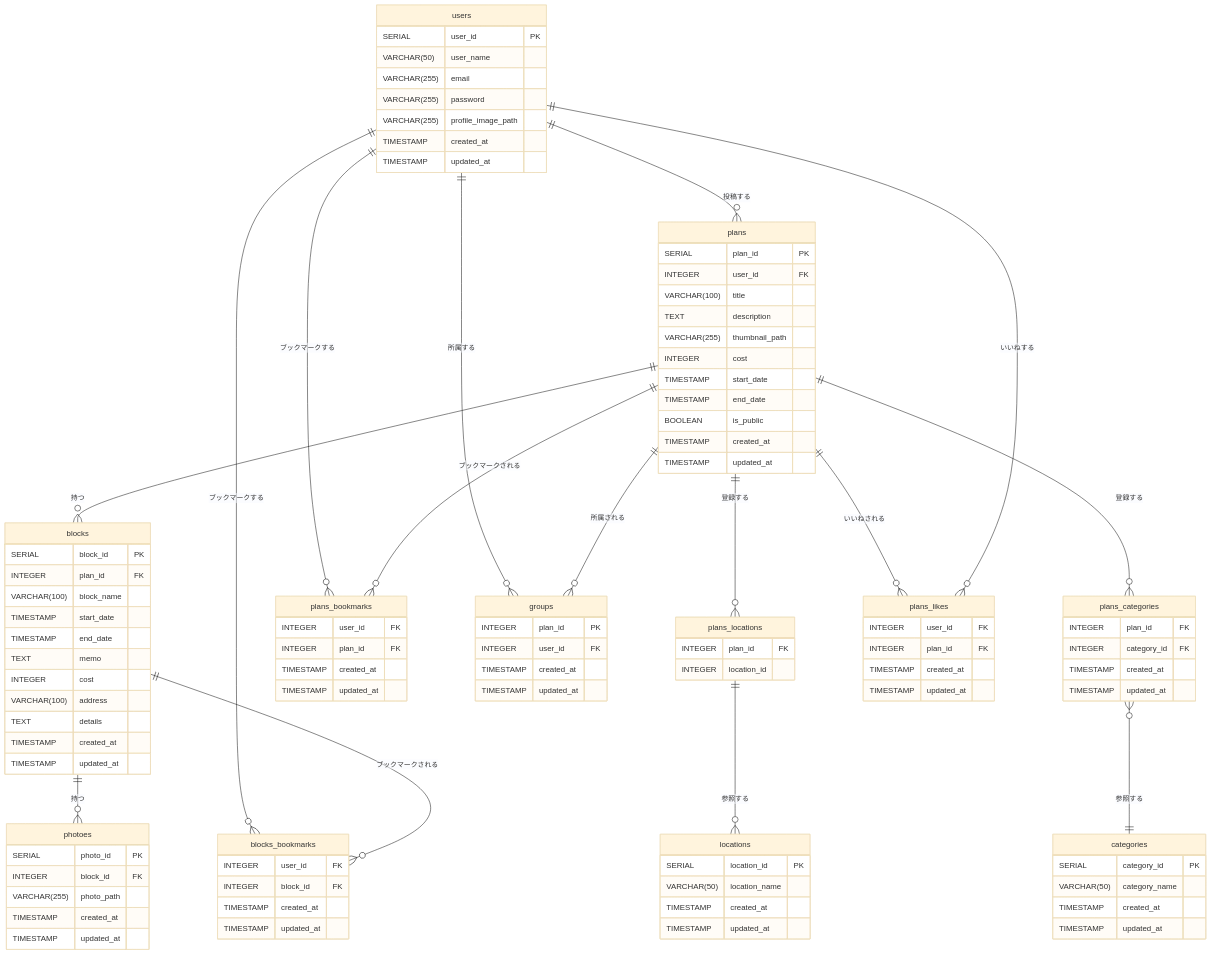
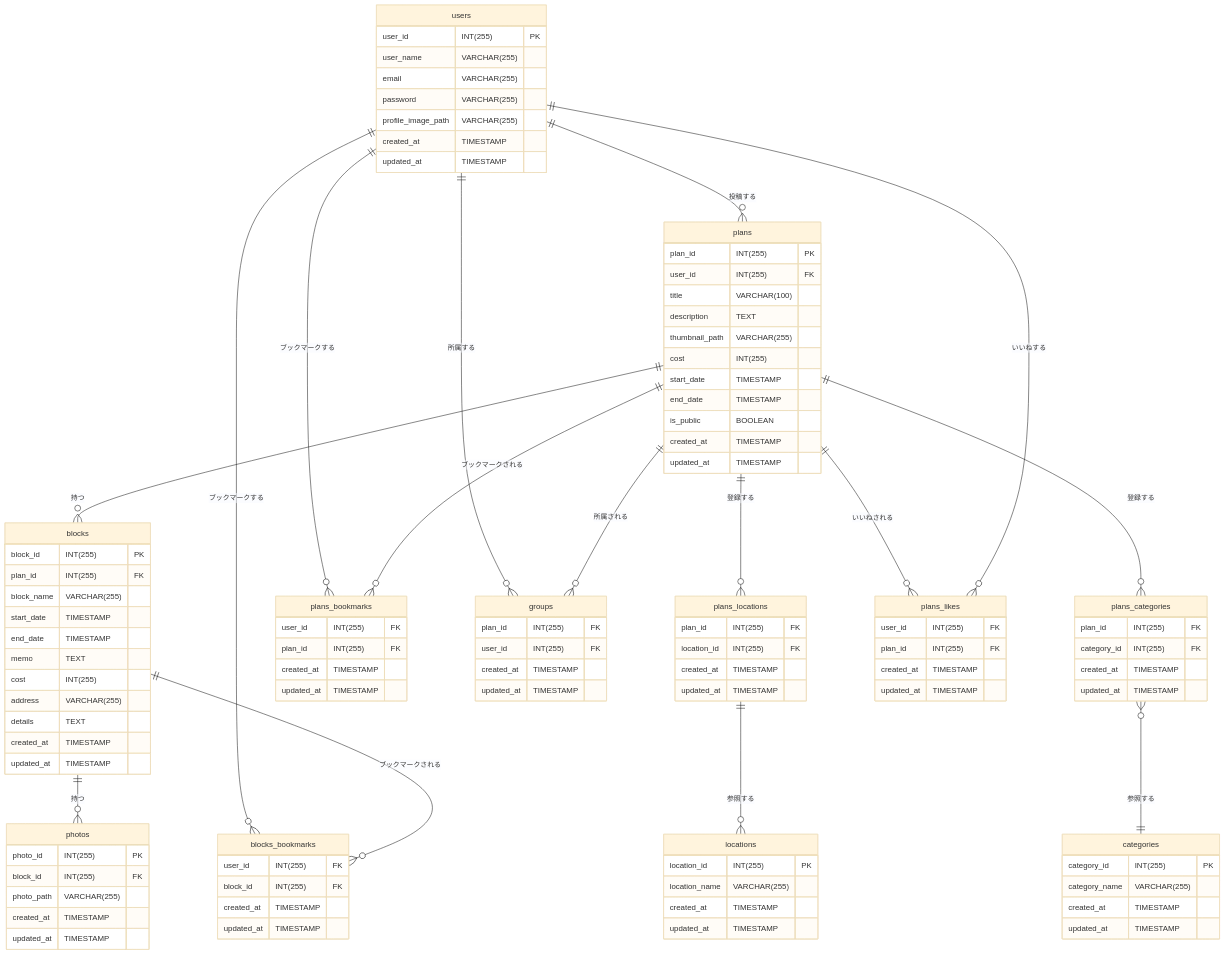
Before and after one commit to Fuuma0000/manetabi_api: the diagram in README.md, drawn with Mermaid (base theme). The commit also changed other lines of this file, not shown here.

````diff
--- a/README.md
+++ b/README.md
@@ -8,108 +8,109 @@
 erDiagram
     users ||--o{ plans: "投稿する"
     plans ||--o{ blocks: "持つ"
-    blocks ||--o{ photoes: "持つ"
+    blocks ||--o{ photos: "持つ"
     plans ||--o{ plans_locations: "登録する"
-		plans_locations||--o{ locations: "参照する"
-		users ||--o{ plans_bookmarks: "ブックマークする"
-		users ||--o{ blocks_bookmarks: "ブックマークする"
-		plans ||--o{ plans_bookmarks: "ブックマークされる"
+    plans_locations||--o{ locations: "参照する"
+    users ||--o{ plans_bookmarks: "ブックマークする"
+    users ||--o{ blocks_bookmarks: "ブックマークする"
+    plans ||--o{ plans_bookmarks: "ブックマークされる"
     users ||--o{ groups: "所属する"
-		plans_categories }o--|| categories: "参照する"
-		plans ||--o{ groups : "所属される"
-		plans ||--o{ plans_categories: "登録する"
-		plans ||--o{ plans_likes: "いいねされる"
-		users ||--o{ plans_likes: "いいねする"
-		blocks ||--o{ blocks_bookmarks: "ブックマークされる"
-
+    plans_categories }o--|| categories: "参照する"
+    plans ||--o{ groups : "所属される"
+    plans ||--o{ plans_categories: "登録する"
+    plans ||--o{ plans_likes: "いいねされる"
+    users ||--o{ plans_likes: "いいねする"
+    blocks ||--o{ blocks_bookmarks: "ブックマークされる"
 
     users {
-        SERIAL user_id PK
-        VARCHAR(50) user_name
-        VARCHAR(255) email
-        VARCHAR(255) password
-		VARCHAR(255) profile_image_path
-        TIMESTAMP created_at
-        TIMESTAMP updated_at
+        user_id INT(255) PK
+        user_name VARCHAR(255)
+        email VARCHAR(255)
+        password VARCHAR(255)
+        profile_image_path VARCHAR(255)
+        created_at TIMESTAMP
+        updated_at TIMESTAMP
     }
     plans {
-        SERIAL plan_id PK
-        INTEGER user_id FK
-        VARCHAR(100) title
-        TEXT description
-        VARCHAR(255) thumbnail_path
-        INTEGER cost
-        TIMESTAMP start_date
-        TIMESTAMP end_date
-        BOOLEAN is_public
-        TIMESTAMP created_at
-        TIMESTAMP updated_at
+        plan_id INT(255) PK
+        user_id INT(255) FK
+        title VARCHAR(100)
+        description TEXT
+        thumbnail_path VARCHAR(255)
+        cost INT(255)
+        start_date TIMESTAMP
+        end_date TIMESTAMP
+        is_public BOOLEAN
+        created_at TIMESTAMP
+        updated_at TIMESTAMP
     }
     blocks {
-        SERIAL block_id PK
-        INTEGER plan_id FK
-        VARCHAR(100) block_name
-        TIMESTAMP start_date
-        TIMESTAMP end_date
-        TEXT memo
-        INTEGER cost
-        VARCHAR(100) address
-        TEXT details
-        TIMESTAMP created_at
-        TIMESTAMP updated_at
+        block_id INT(255) PK
+        plan_id INT(255) FK
+        block_name VARCHAR(255)
+        start_date TIMESTAMP
+        end_date TIMESTAMP
+        memo TEXT
+        cost INT(255)
+        address VARCHAR(255)
+        details TEXT
+        created_at TIMESTAMP
+        updated_at TIMESTAMP
     }
-    photoes {
-        SERIAL photo_id PK
-        INTEGER block_id FK
-        VARCHAR(255) photo_path
-        TIMESTAMP created_at
-        TIMESTAMP updated_at
+    photos {
+        photo_id INT(255) PK
+        block_id INT(255) FK
+        photo_path VARCHAR(255)
+        created_at TIMESTAMP
+        updated_at TIMESTAMP
     }
     locations {
-        SERIAL location_id PK
-        VARCHAR(50) location_name
-        TIMESTAMP created_at
-        TIMESTAMP updated_at
+        location_id INT(255) PK
+        location_name VARCHAR(255)
+        created_at TIMESTAMP
+        updated_at TIMESTAMP
     }
     categories {
-        SERIAL category_id PK
-        VARCHAR(50) category_name
-        TIMESTAMP created_at
-        TIMESTAMP updated_at
+        category_id INT(255) PK
+        category_name VARCHAR(255)
+        created_at TIMESTAMP
+        updated_at TIMESTAMP
     }
     plans_bookmarks {
-        INTEGER user_id FK
-        INTEGER plan_id FK
-        TIMESTAMP created_at
-        TIMESTAMP updated_at
+        user_id INT(255) FK
+        plan_id INT(255) FK
+        created_at TIMESTAMP
+        updated_at TIMESTAMP
     }
     blocks_bookmarks {
-        INTEGER user_id FK
-        INTEGER block_id FK
-        TIMESTAMP created_at
-        TIMESTAMP updated_at
+        user_id INT(255) FK
+        block_id INT(255) FK
+        created_at TIMESTAMP
+        updated_at TIMESTAMP
     }
     plans_likes {
-        INTEGER user_id FK
-        INTEGER plan_id FK
-        TIMESTAMP created_at
-        TIMESTAMP updated_at
+        user_id INT(255) FK
+        plan_id INT(255) FK
+        created_at TIMESTAMP
+        updated_at TIMESTAMP
     }
     plans_locations {
-        INTEGER plan_id FK
-        INTEGER location_id
+        plan_id INT(255) FK
+        location_id INT(255) FK
+        created_at TIMESTAMP
+        updated_at TIMESTAMP
     }
     plans_categories {
-        INTEGER plan_id FK
-        INTEGER category_id FK
-        TIMESTAMP created_at
-        TIMESTAMP updated_at
+        plan_id INT(255) FK
+        category_id INT(255) FK
+        created_at TIMESTAMP
+        updated_at TIMESTAMP
     }
     groups {
-        INTEGER plan_id PK
-        INTEGER user_id FK
-        TIMESTAMP created_at
-        TIMESTAMP updated_at
+        plan_id INT(255) FK
+        user_id INT(255) FK
+        created_at TIMESTAMP
+        updated_at TIMESTAMP
     }
 
 ```
````
